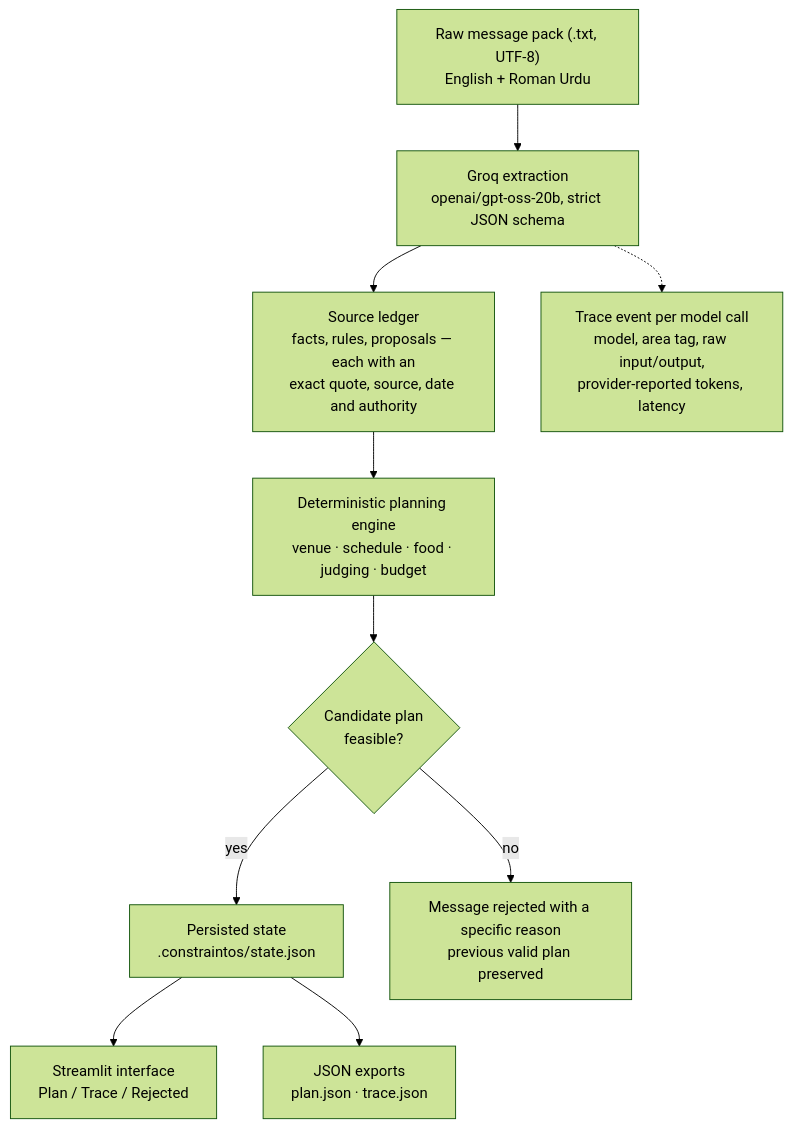
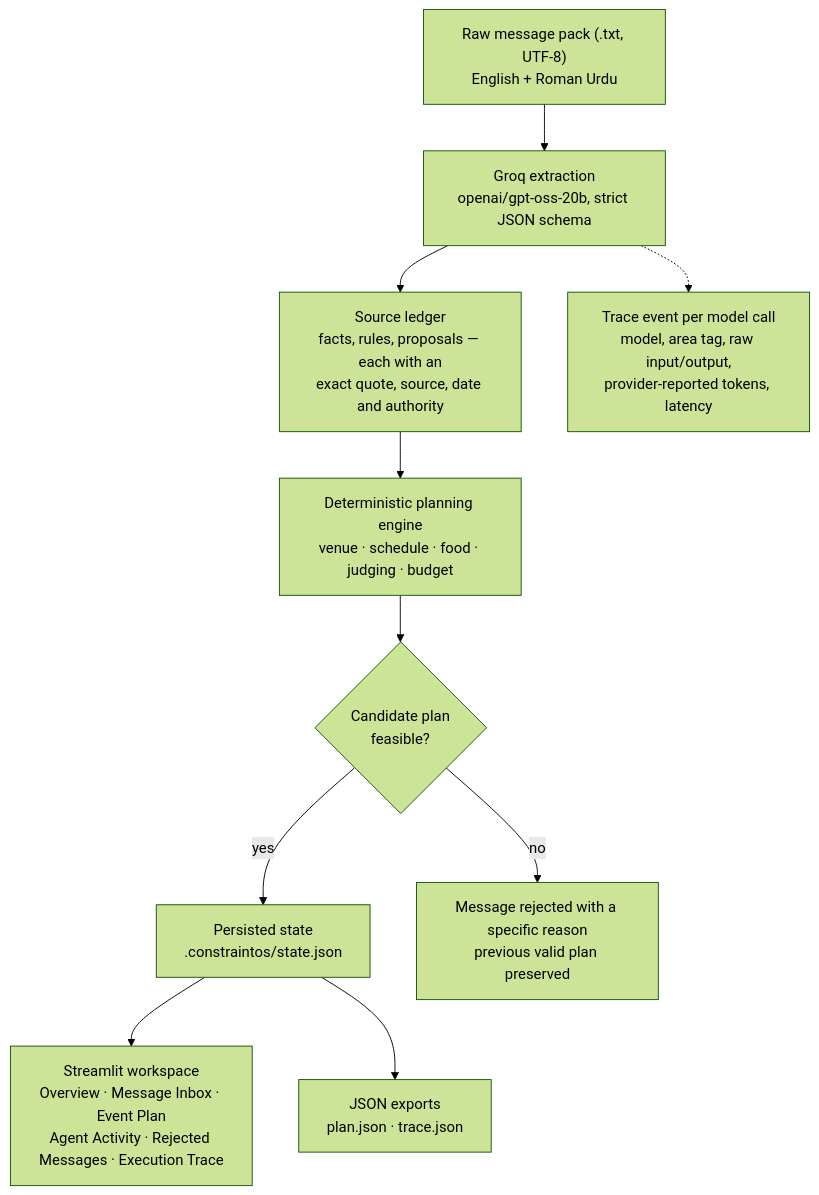
Before and after one commit to muhammadhamad-dev/mtm2-event-planner-agent: the diagram in README.md, drawn with Mermaid (forest theme). The commit also changed other lines of this file, not shown here.

````diff
--- a/README.md
+++ b/README.md
@@ -23,12 +23,12 @@
 ```mermaid
 flowchart TD
     A["Raw message pack (.txt, UTF-8)<br/>English + Roman Urdu"] --> B["Groq extraction<br/>openai/gpt-oss-20b, strict JSON schema"]
     B --> C["Source ledger<br/>facts, rules, proposals — each with an<br/>exact quote, source, date and authority"]
     C --> D["Deterministic planning engine<br/>venue · schedule · food · judging · budget"]
     D --> E{"Candidate plan<br/>feasible?"}
     E -- "yes" --> F["Persisted state<br/>.constraintos/state.json"]
     E -- "no" --> G["Message rejected with a specific reason<br/>previous valid plan preserved"]
-    F --> H["Streamlit interface<br/>Plan / Trace / Rejected"]
+    F --> H["Streamlit workspace<br/>Overview · Message Inbox · Event Plan<br/>Agent Activity · Rejected Messages · Execution Trace"]
     F --> I["JSON exports<br/>plan.json · trace.json"]
     B -.-> J["Trace event per model call<br/>model, area tag, raw input/output,<br/>provider-reported tokens, latency"]
 ```
````
